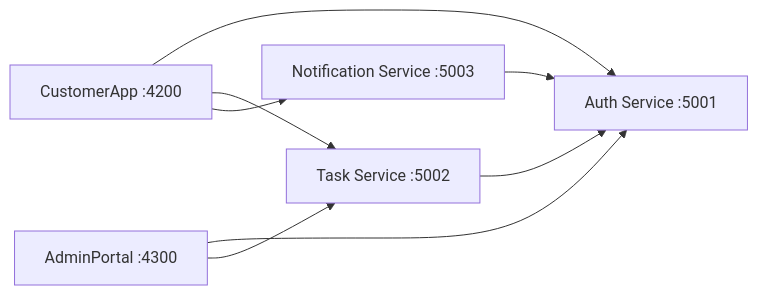
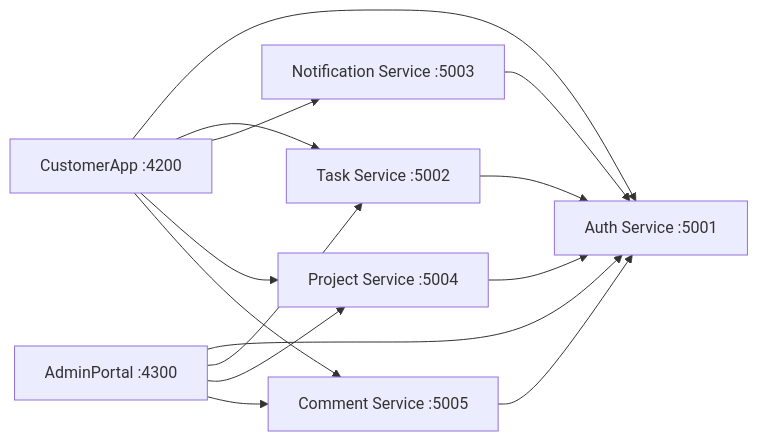
One commit to kudoshinichi2k5/MyTaskTracker changed the diagram in README.md. Above: the diagram before and after it, drawn with Mermaid. The commit also changed other lines of this file, not shown here.

Commit message:
docs(readme): reflect current service and ui layout

````diff
--- a/README.md
+++ b/README.md
@@ -12,10 +12,16 @@
 ```mermaid
 flowchart LR
     Customer[CustomerApp :4200] --> Auth[Auth Service :5001]
     Customer --> Tasks[Task Service :5002]
     Customer --> Notifications[Notification Service :5003]
+    Customer --> Projects[Project Service :5004]
+    Customer --> Comments[Comment Service :5005]
     Admin[AdminPortal :4300] --> Auth
     Admin --> Tasks
+    Admin --> Projects
+    Admin --> Comments
     Tasks --> Auth
     Notifications --> Auth
+    Projects --> Auth
+    Comments --> Auth
 ```
````
